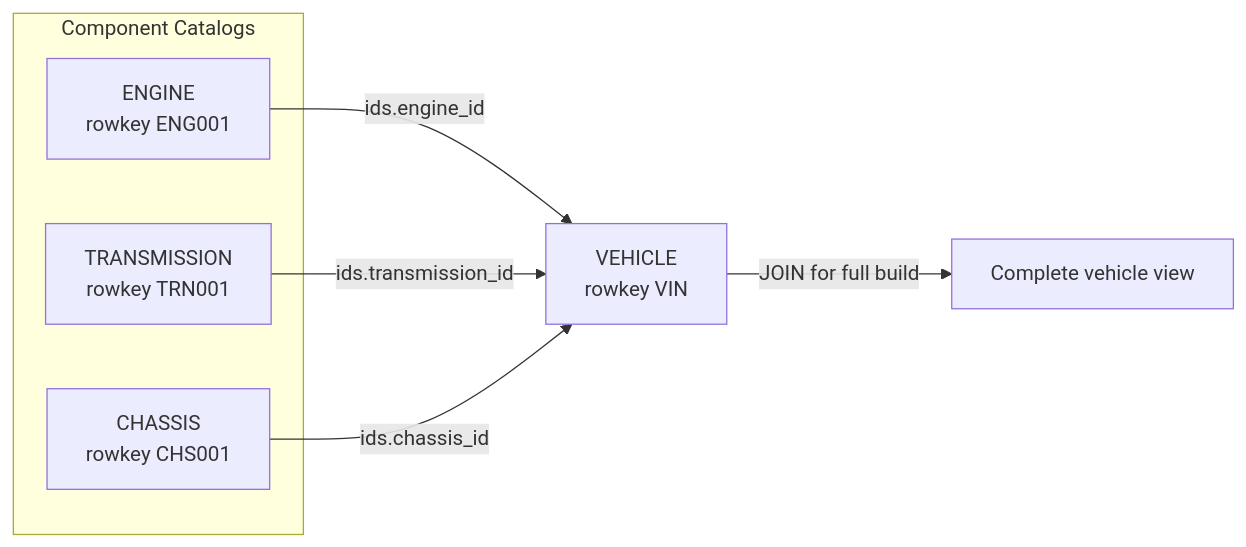
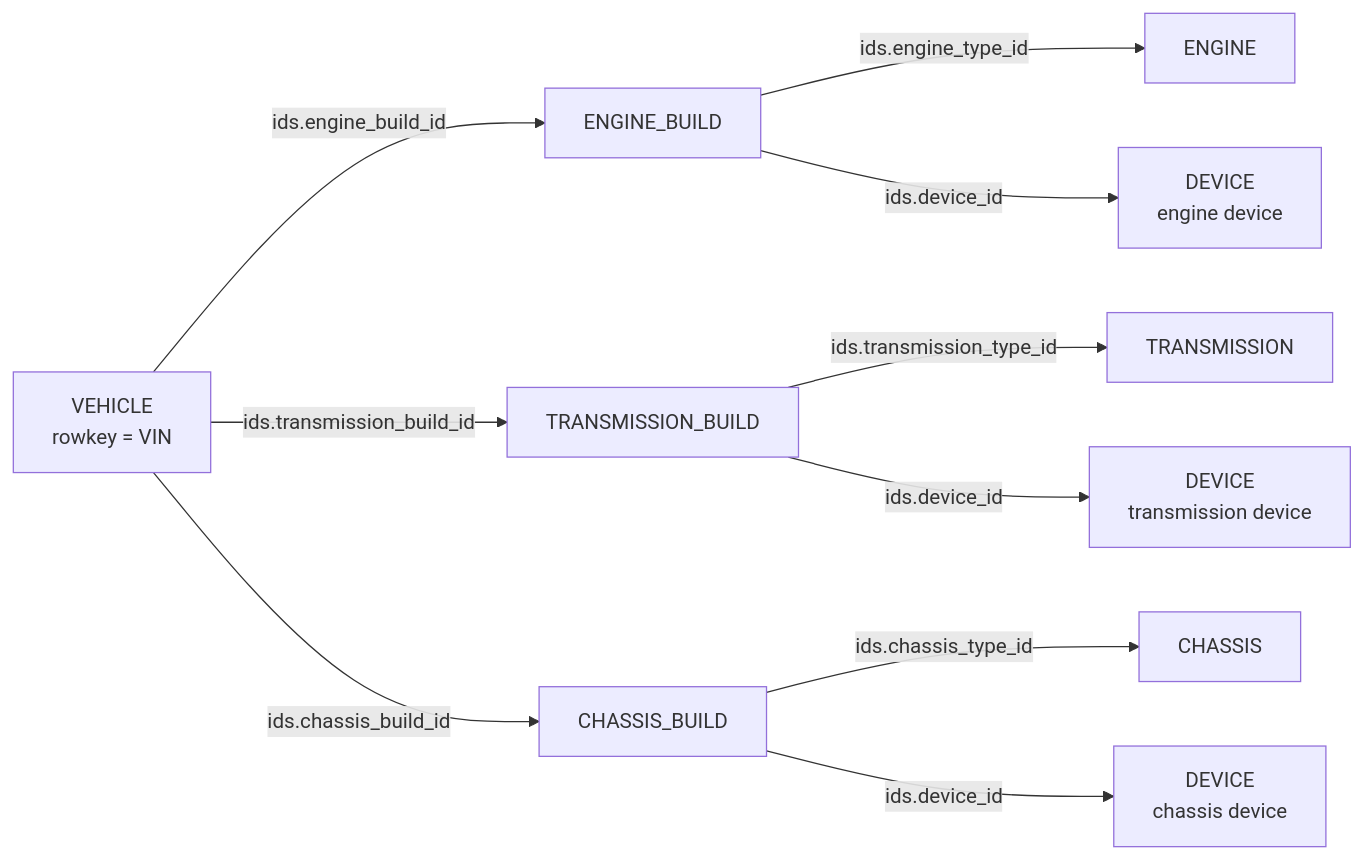
The second of 2 diagrams in use-cases/vehicle360/README.md (BrooksIan/PhoenixDotNet), drawn with Mermaid before and after one commit. The commit also changed other lines of this file and 17 other files, not shown here.

````diff
--- a/use-cases/vehicle360/README.md
+++ b/use-cases/vehicle360/README.md
@@ -69,16 +146,28 @@
 ```mermaid
 flowchart LR
-  subgraph catalogs [Component Catalogs]
-    ENG[ENGINE<br/>rowkey ENG001]
-    TRN[TRANSMISSION<br/>rowkey TRN001]
-    CHS[CHASSIS<br/>rowkey CHS001]
-  end
+  VEH["VEHICLE<br/>rowkey = VIN"]
 
-  VEH[VEHICLE<br/>rowkey VIN]
+  EB[ENGINE_BUILD]
+  TB[TRANSMISSION_BUILD]
+  CB[CHASSIS_BUILD]
 
-  ENG -->|"ids.engine_id"| VEH
-  TRN -->|"ids.transmission_id"| VEH
-  CHS -->|"ids.chassis_id"| VEH
+  ENG[ENGINE]
+  TRN[TRANSMISSION]
+  CHS[CHASSIS]
 
-  VEH -->|"JOIN for full build"| BUILD[Complete vehicle view]
+  ED["DEVICE<br/>engine device"]
+  TD["DEVICE<br/>transmission device"]
+  CD["DEVICE<br/>chassis device"]
+
+  VEH -->|"ids.engine_build_id"| EB
+  VEH -->|"ids.transmission_build_id"| TB
+  VEH -->|"ids.chassis_build_id"| CB
+
+  EB -->|"ids.engine_type_id"| ENG
+  TB -->|"ids.transmission_type_id"| TRN
+  CB -->|"ids.chassis_type_id"| CHS
+
+  EB -->|"ids.device_id"| ED
+  TB -->|"ids.device_id"| TD
+  CB -->|"ids.device_id"| CD
 ```
````
